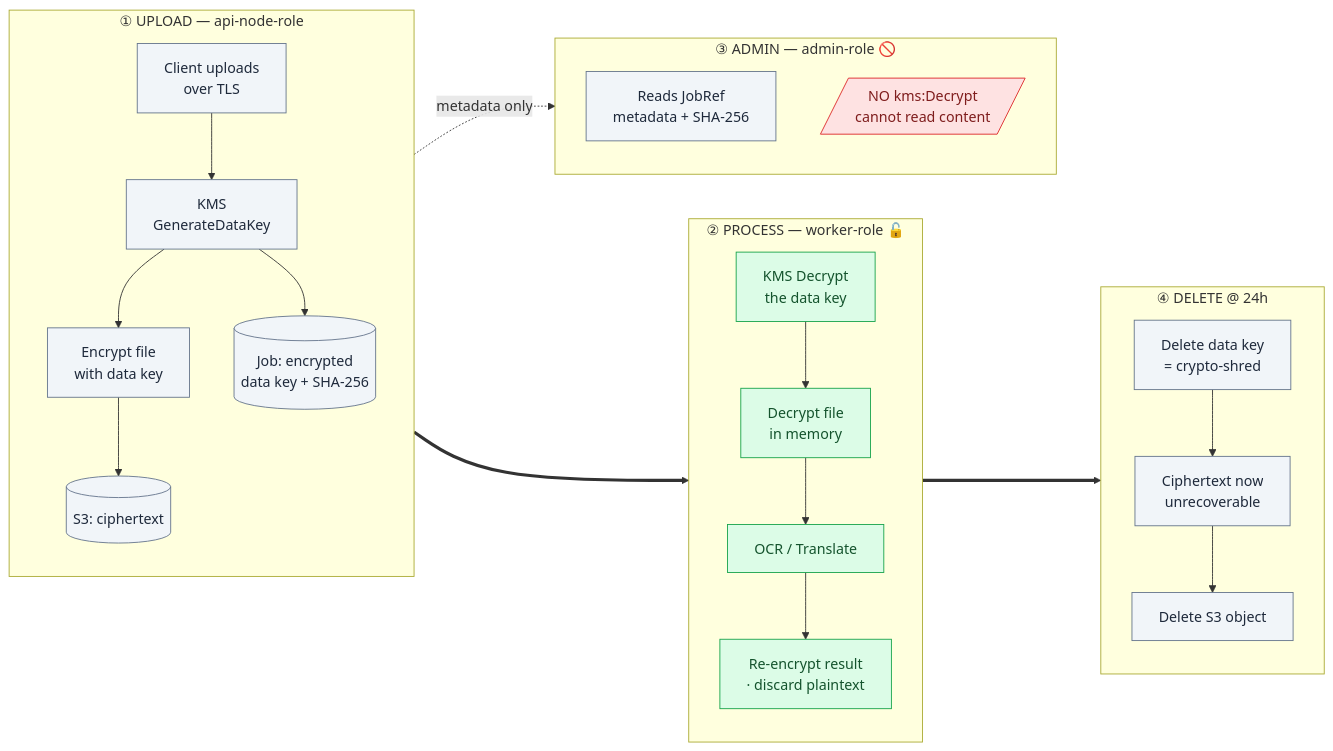
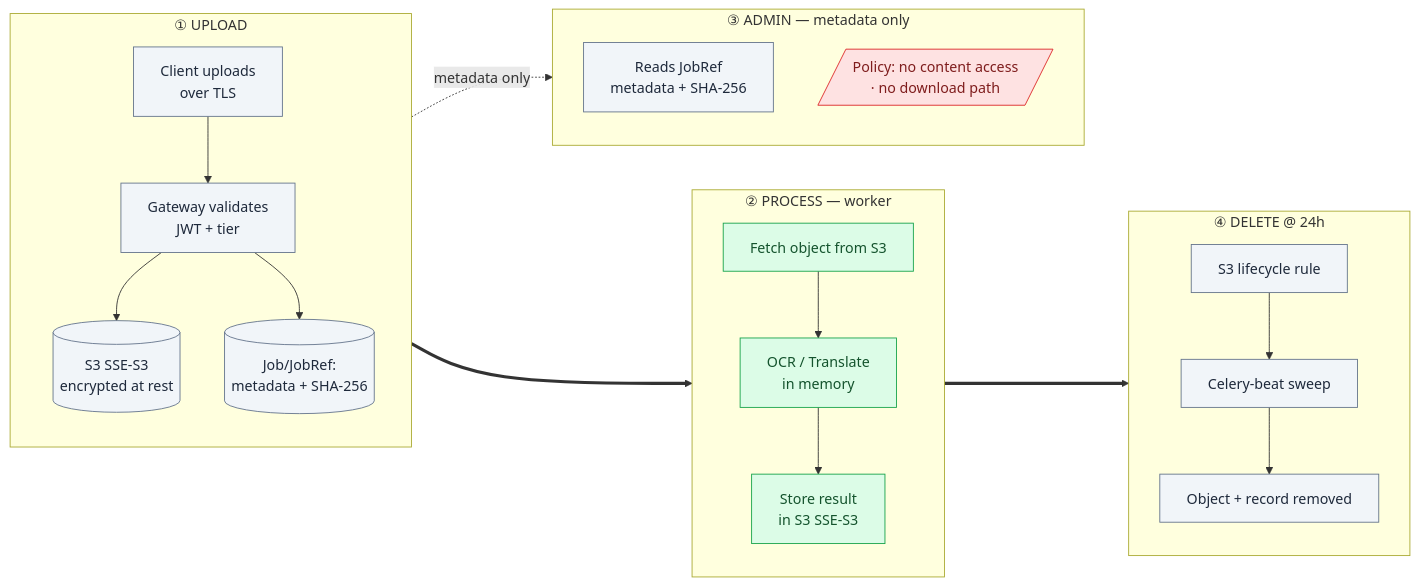
The third of 11 diagrams in architecture_diagrams.md (Mrutunjay50/DOCS), drawn with Mermaid before and after one commit. The commit also changed other lines of this file, not shown here.

````diff
--- a/architecture_diagrams.md
+++ b/architecture_diagrams.md
@@ -134,39 +132,37 @@
 ```mermaid
 flowchart LR
-    subgraph ingress["① UPLOAD — api-node-role"]
+    subgraph ingress["① UPLOAD"]
         direction TB
-        i1[Client uploads<br/>over TLS] --> i2[KMS<br/>GenerateDataKey]
-        i2 --> i3[Encrypt file<br/>with data key]
-        i3 --> i4[(S3: ciphertext)]
-        i2 --> i5[(Job: encrypted<br/>data key + SHA-256)]
+        i1[Client uploads<br/>over TLS] --> i2[Gateway validates<br/>JWT + tier]
+        i2 --> i3[(S3 SSE-S3<br/>encrypted at rest)]
+        i2 --> i5[(Job/JobRef:<br/>metadata + SHA-256)]
     end
 
-    subgraph work["② PROCESS — worker-role 🔓"]
+    subgraph work["② PROCESS — worker"]
         direction TB
-        w1[KMS Decrypt<br/>the data key] --> w2[Decrypt file<br/>in memory]
-        w2 --> w3[OCR / Translate]
-        w3 --> w4[Re-encrypt result<br/>· discard plaintext]
+        w1[Fetch object from S3] --> w2[OCR / Translate<br/>in memory]
+        w2 --> w3[Store result<br/>in S3 SSE-S3]
     end
 
-    subgraph admin["③ ADMIN — admin-role 🚫"]
+    subgraph admin["③ ADMIN — metadata only"]
         direction TB
         ad1[Reads JobRef<br/>metadata + SHA-256]
-        ad2[/NO kms:Decrypt<br/>cannot read content/]
+        ad2[/Policy: no content access<br/>· no download path/]
     end
 
     subgraph kill["④ DELETE @ 24h"]
         direction TB
-        k1[Delete data key<br/>= crypto-shred] --> k2[Ciphertext now<br/>unrecoverable] --> k3[Delete S3 object]
+        k1[S3 lifecycle rule] --> k2[Celery-beat sweep] --> k3[Object + record removed]
     end
 
     ingress ==> work
     ingress -. "metadata only" .-> admin
     work ==> kill
 
     classDef ok fill:#DCFCE7,stroke:#16A34A,color:#14532D;
     classDef no fill:#FEE2E2,stroke:#DC2626,color:#7F1D1D;
     classDef neutral fill:#F1F5F9,stroke:#64748B,color:#1E293B;
-    class w1,w2,w3,w4 ok;
+    class w1,w2,w3 ok;
     class ad2 no;
-    class i1,i2,i3,i4,i5,k1,k2,k3,ad1 neutral;
+    class i1,i2,i3,i5,k1,k2,k3,ad1 neutral;
 ```
````
